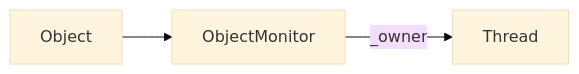
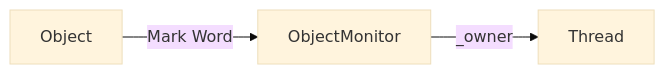
The second of 5 diagrams in JavaLang/JUC.md (CNSukidayo/iNotes), drawn with Mermaid (base theme) before and after one commit. The commit also changed other lines of this file and 8 other files, not shown here.

````diff
--- a/JavaLang/JUC.md
+++ b/JavaLang/JUC.md
@@ -258,4 +259,4 @@
 ```mermaid
 graph LR;
-  Object-->ObjectMonitor-->|_owner|Thread
+  Object-->|Mark Word|ObjectMonitor-->|_owner|Thread
 ```
````
